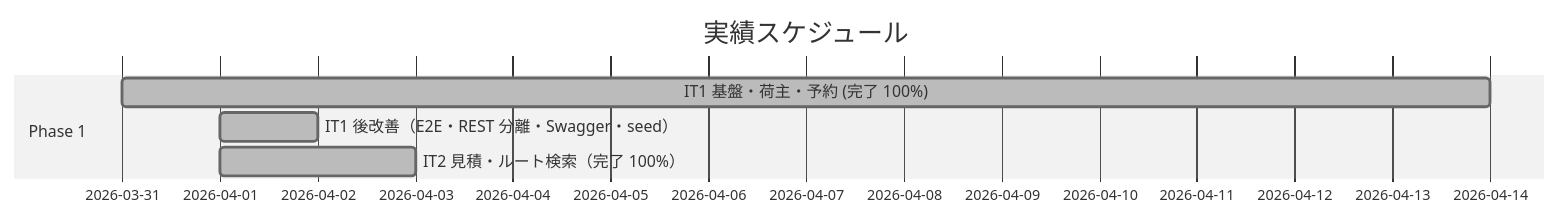
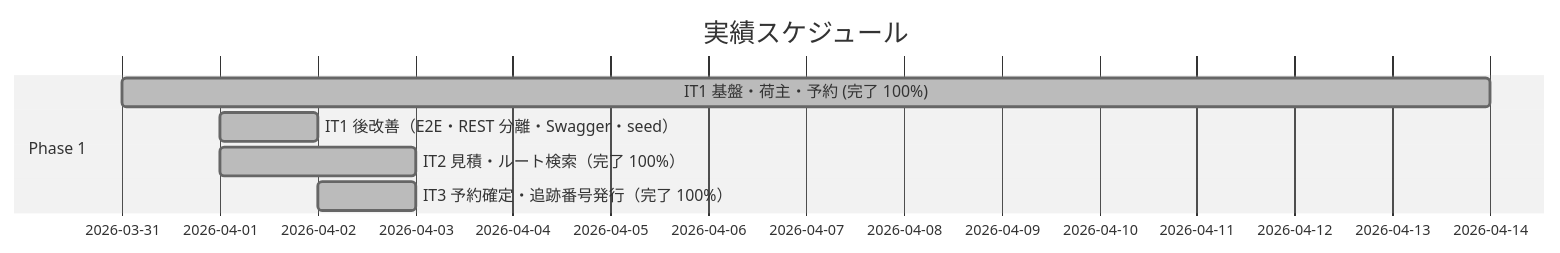
One commit to k2works/case-study-cargo-tracker changed the second of 3 diagrams in docs/development/release_plan.md. Above: the diagram before and after it, drawn with Mermaid (neutral theme). The commit also changed other lines of this file and 1 other file, not shown here.

````diff
--- a/docs/development/release_plan.md
+++ b/docs/development/release_plan.md
@@ -162,10 +162,11 @@
 ```mermaid
 gantt
     title 実績スケジュール
     dateFormat  YYYY-MM-DD
     section Phase 1
     IT1 基盤・荷主・予約 (完了 100%)   :done, it1a, 2026-03-31, 14d
     IT1 後改善（E2E・REST 分離・Swagger・seed） :done, it1b, 2026-04-01, 1d
     IT2 見積・ルート検索（完了 100%）            :done, it2a, 2026-04-01, 2d
+    IT3 予約確定・追跡番号発行（完了 100%）      :done, it3a, 2026-04-02, 1d
     section Phase 2
 ```
````
